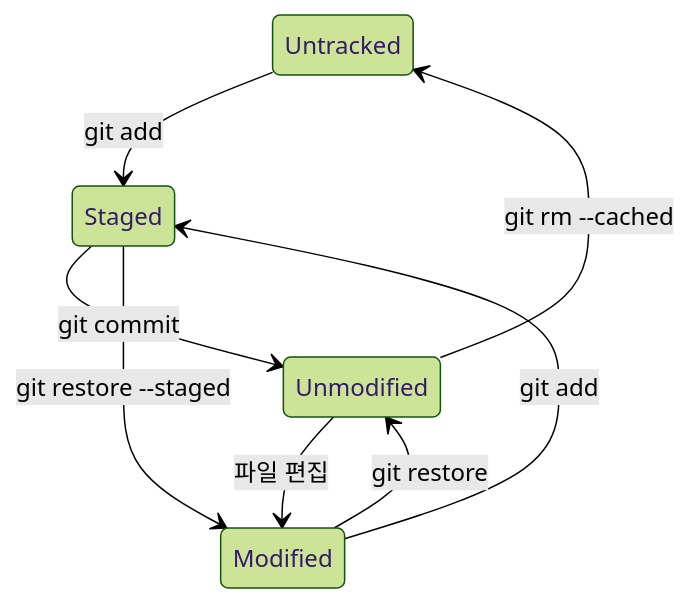
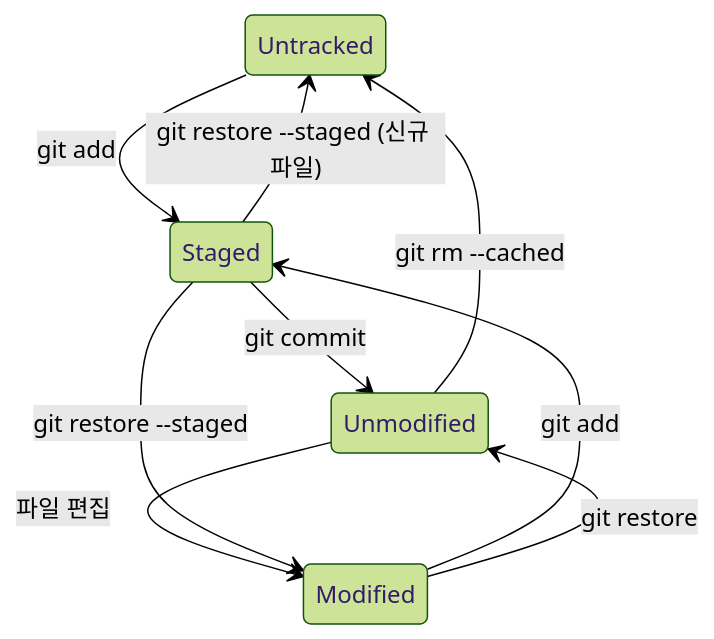
One commit to jinyong-go/llm-wiki changed the diagram in wiki/git/git-file-states.md. Above: the diagram before and after it, drawn with Mermaid (forest theme). The commit also changed other lines of this file and 17 other files, not shown here.

````diff
--- a/wiki/git/git-file-states.md
+++ b/wiki/git/git-file-states.md
@@ -17,10 +17,11 @@
 ```mermaid
 stateDiagram-v2
     Untracked --> Staged: git add
     Unmodified --> Modified: 파일 편집
     Modified --> Staged: git add
     Staged --> Unmodified: git commit
     Modified --> Unmodified: git restore
     Staged --> Modified: git restore --staged
+    Staged --> Untracked: git restore --staged (신규 파일)
     Unmodified --> Untracked: git rm --cached
 ```
````
